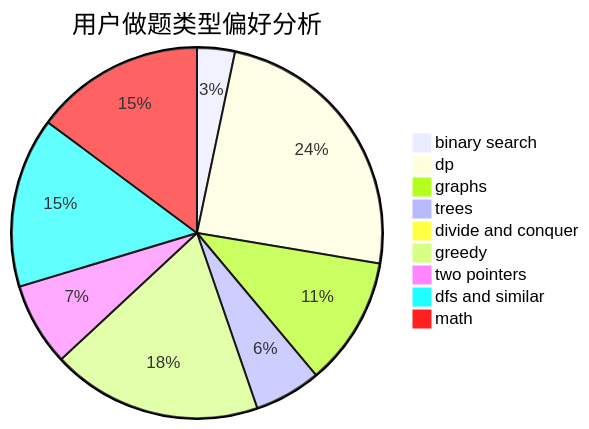
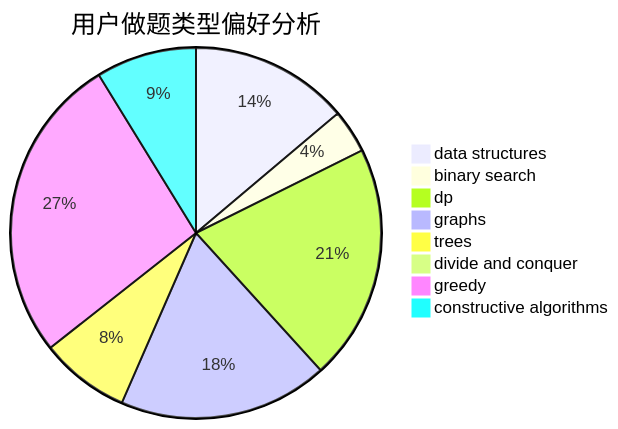
One commit to sherpahu/cfrs.github.io changed the second of 3 diagrams in docs/user/u636.md. Above: the diagram before and after it, drawn with Mermaid. The commit also changed other lines of this file and 2775 other files, not shown here.

````diff
--- a/docs/user/u636.md
+++ b/docs/user/u636.md
@@ -23,12 +23,11 @@
 ```mermaid
 pie title 用户做题类型偏好分析
-    "binary search" :  60
-    "dp" :  443
-    "graphs" :  205
-    "trees" :  106
+    "data structures" :  131
+    "binary search" :  36
+    "dp" :  195
+    "graphs" :  173
+    "trees" :  74
     "divide and conquer" :  0
-    "greedy" :  334
-    "two pointers" :  132
-    "dfs and similar" :  270
-    "math" :  270
+    "greedy" :  254
+    "constructive algorithms" :  83
 ```
````
